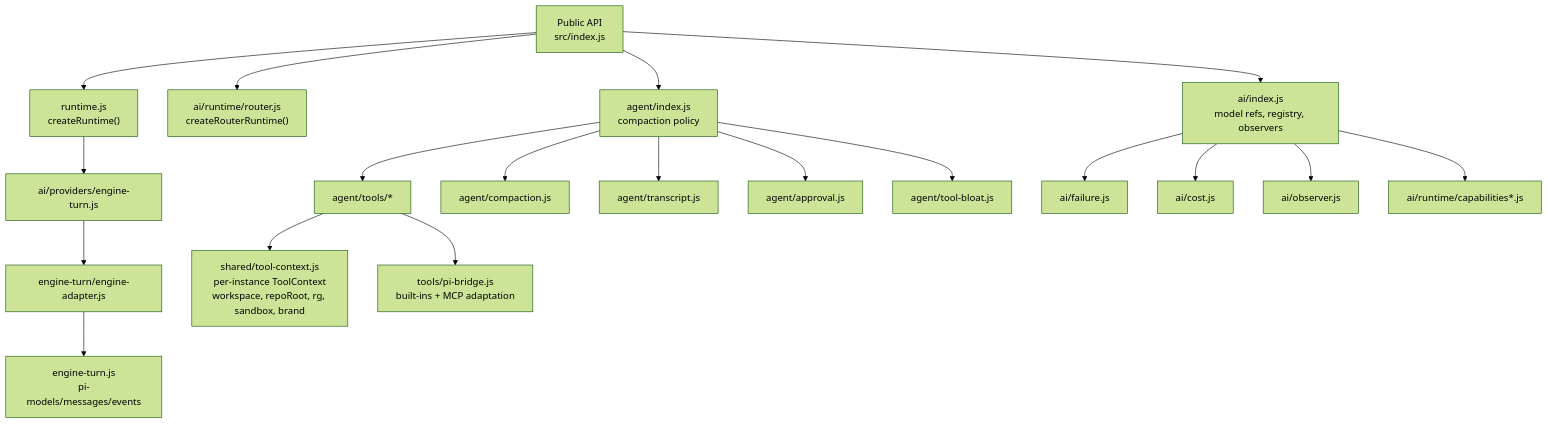
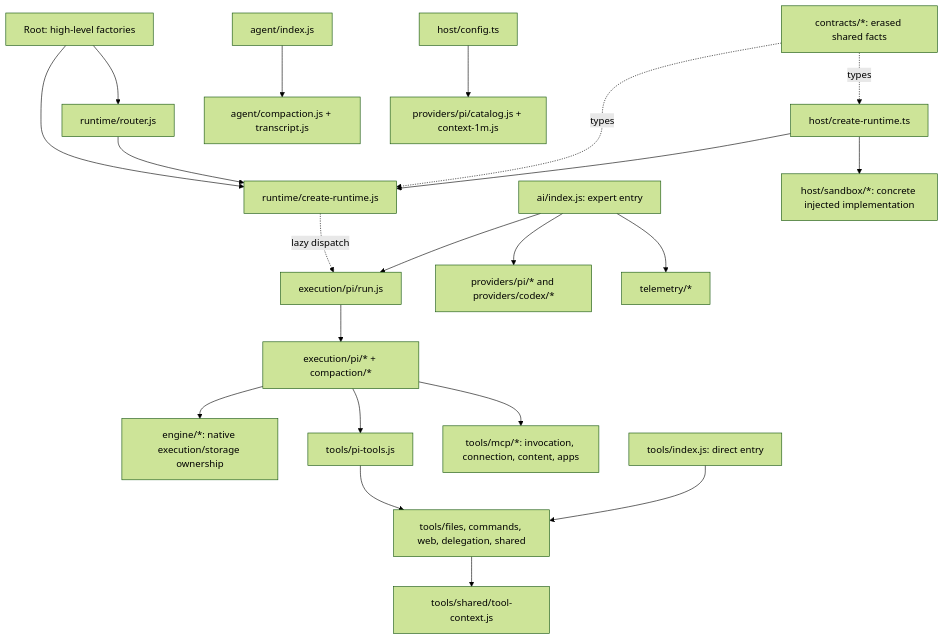
The fourth of 5 diagrams in packages/turn/ARCHITECTURE.md (robertsreberski/mono-agent), drawn with Mermaid (forest theme) before and after one commit. The commit also changed other lines of this file and 399 other files, not shown here.

First line of the commit message:
refactor(turn): curate public entries and group modules by owner (#1292)

````diff
--- a/packages/turn/ARCHITECTURE.md
+++ b/packages/turn/ARCHITECTURE.md
@@ -187,26 +187,23 @@
 ```mermaid
 flowchart TB
-  Public["Public API<br/>src/index.js"] --> RuntimeFactory["runtime.js<br/>createRuntime()"]
-  Public --> Router["ai/runtime/router.js<br/>createRouterRuntime()"]
-  Public --> AIExports["ai/index.js<br/>model refs, registry, observers"]
-  Public --> AgentExports["agent/index.js<br/>compaction policy"]
-
-  RuntimeFactory --> AdapterModule["ai/providers/engine-turn.js"]
-  AdapterModule --> Providers["engine-turn/engine-adapter.js"]
-
-  Providers --> Pi["engine-turn.js<br/>pi-models/messages/events"]
-
-  AgentExports --> Tools["agent/tools/*"]
-  Tools --> ToolContext["shared/tool-context.js<br/>per-instance ToolContext<br/>workspace, repoRoot, rg, sandbox, brand"]
-  Tools --> PiBridge["tools/pi-bridge.js<br/>built-ins + MCP adaptation"]
-
-  AgentExports --> Compaction["agent/compaction.js"]
-  AgentExports --> Transcript["agent/transcript.js"]
-  AgentExports --> Approval["agent/approval.js"]
-  AgentExports --> Bloat["agent/tool-bloat.js"]
-
-  AIExports --> Failure["ai/failure.js"]
-  AIExports --> Cost["ai/cost.js"]
-  AIExports --> Observer["ai/observer.js"]
-  AIExports --> Capabilities["ai/runtime/capabilities*.js"]
+  Root["Root: high-level factories"] --> Factory["runtime/create-runtime.js"]
+  Root --> Router["runtime/router.js"]
+  Router --> Factory
+  Factory -. lazy dispatch .-> PiRun["execution/pi/run.js"]
+  AI["ai/index.js: expert entry"] --> PiRun
+  AI --> Providers["providers/pi/* and providers/codex/*"]
+  AI --> Telemetry["telemetry/*"]
+  PiRun --> Execution["execution/pi/* + compaction/*"]
+  Execution --> Engine["engine/*: native execution/storage ownership"]
+  Execution --> Builtins["tools/pi-tools.js"]
+  Execution --> MCP["tools/mcp/*: invocation, connection, content, apps"]
+  ToolsEntry["tools/index.js: direct entry"] --> Tools["tools/files, commands, web, delegation, shared"]
+  Builtins --> Tools
+  Tools --> Context["tools/shared/tool-context.js"]
+  Agent["agent/index.js"] --> Policy["agent/compaction.js + transcript.js"]
+  Host["host/create-runtime.ts"] --> Factory
+  Host --> Sandbox["host/sandbox/*: concrete injected implementation"]
+  Config["host/config.ts"] --> Metadata["providers/pi/catalog.js + context-1m.js"]
+  Contracts["contracts/*: erased shared facts"] -. types .-> Factory
+  Contracts -. types .-> Host
 ```
````
